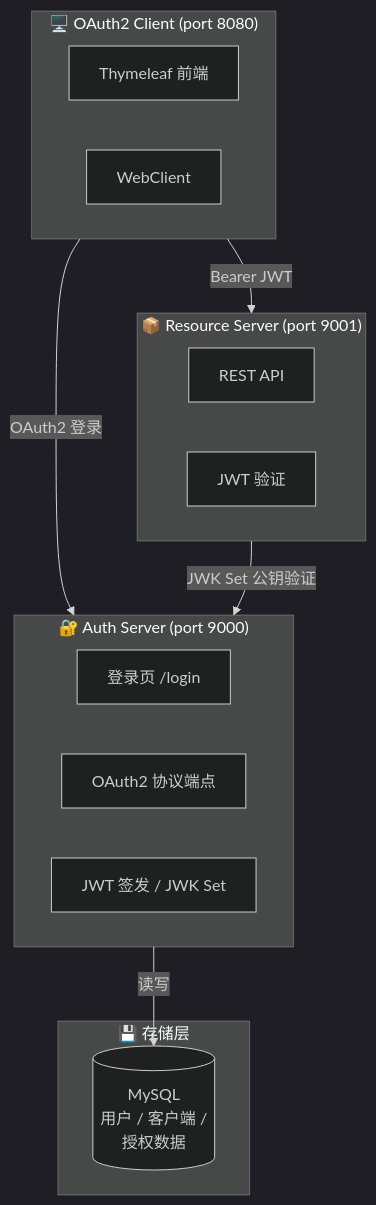
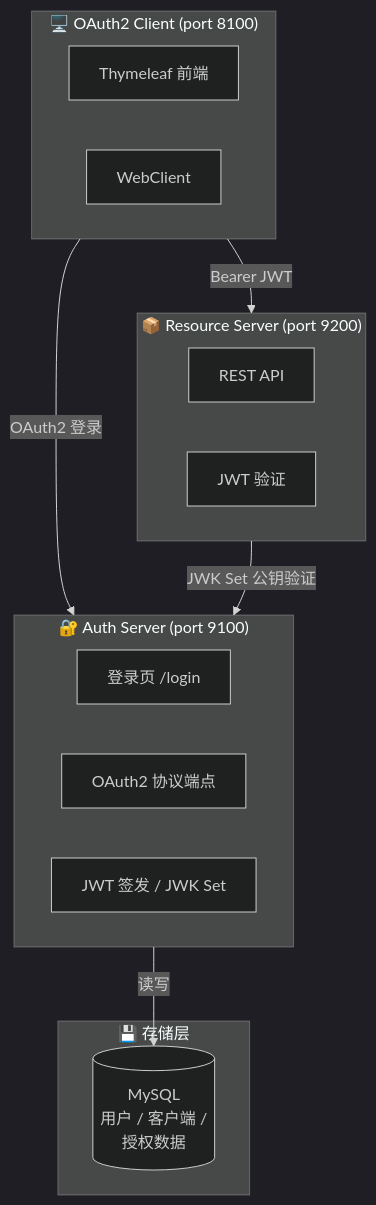
The first of 2 diagrams in README.md (huruiyi/spring-boot4-oauth2-playground), drawn with Mermaid (dark theme) before and after one commit. The commit also changed other lines of this file and 123 other files, not shown here.

````diff
--- a/README.md
+++ b/README.md
@@ -7,27 +7,27 @@
 ```mermaid
 graph TB
-    subgraph Client["🖥️ OAuth2 Client (port 8080)"]
+    subgraph Client["🖥️ OAuth2 Client (port 8100)"]
         CC[Thymeleaf 前端]
         WC[WebClient]
     end
 
-    subgraph AuthServer["🔐 Auth Server (port 9000)"]
+    subgraph AuthServer["🔐 Auth Server (port 9100)"]
         Login[登录页 /login]
         AuthEP[OAuth2 协议端点]
         JWT[JWT 签发 / JWK Set]
     end
 
-    subgraph ResourceServer["📦 Resource Server (port 9001)"]
+    subgraph ResourceServer["📦 Resource Server (port 9200)"]
         API[REST API]
         JWTVerify[JWT 验证]
     end
 
     subgraph Storage["💾 存储层"]
         MySQL[(MySQL<br/>用户 / 客户端 /<br/>授权数据)]
     end
 
     Client -->|OAuth2 登录| AuthServer
     AuthServer -->|读写| MySQL
     Client -->|Bearer JWT| ResourceServer
     ResourceServer -->|JWK Set 公钥验证| AuthServer
 ```
````
